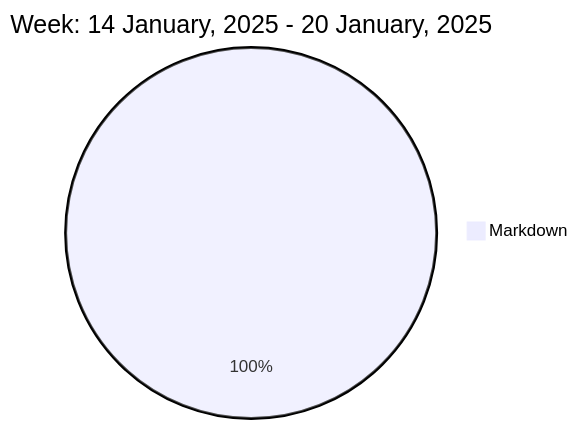
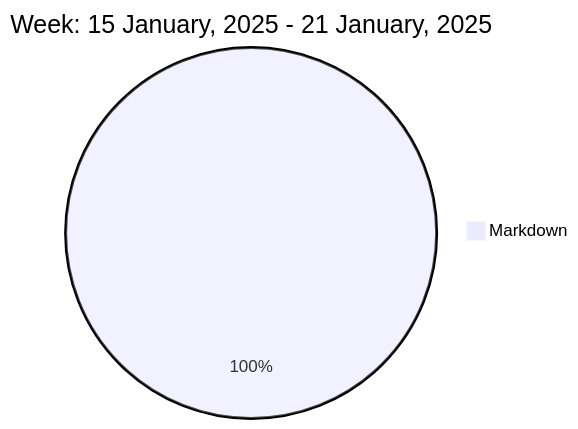
One commit to liubin95/liubin95 changed the diagram in README.md. Above: the diagram before and after it, drawn with Mermaid.

Commit message:
Updated the Graph with new Metrics

````diff
--- a/README.md
+++ b/README.md
@@ -37,5 +37,5 @@
 ```mermaid
  pie
-title Week: 14 January, 2025 - 20 January, 2025
+title Week: 15 January, 2025 - 21 January, 2025
  "Markdown" : 2.13
 ```
````
